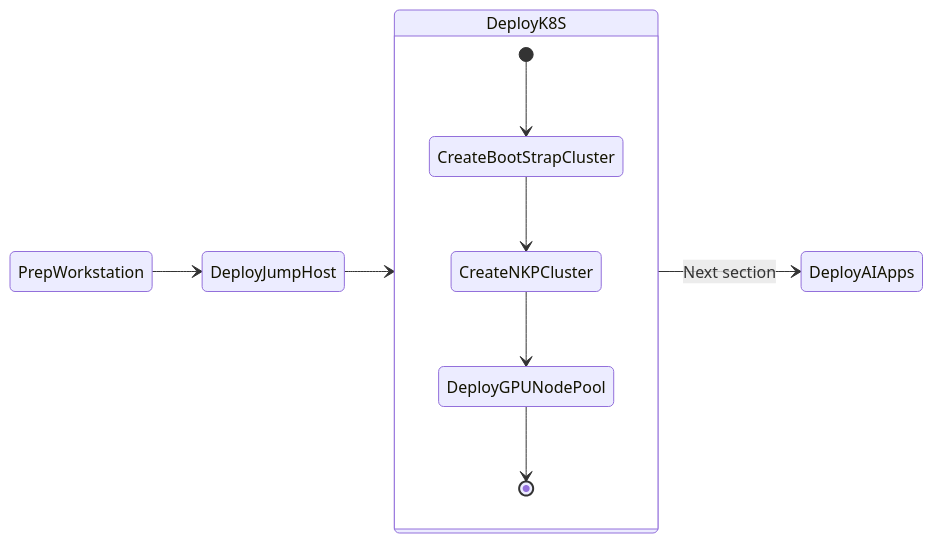
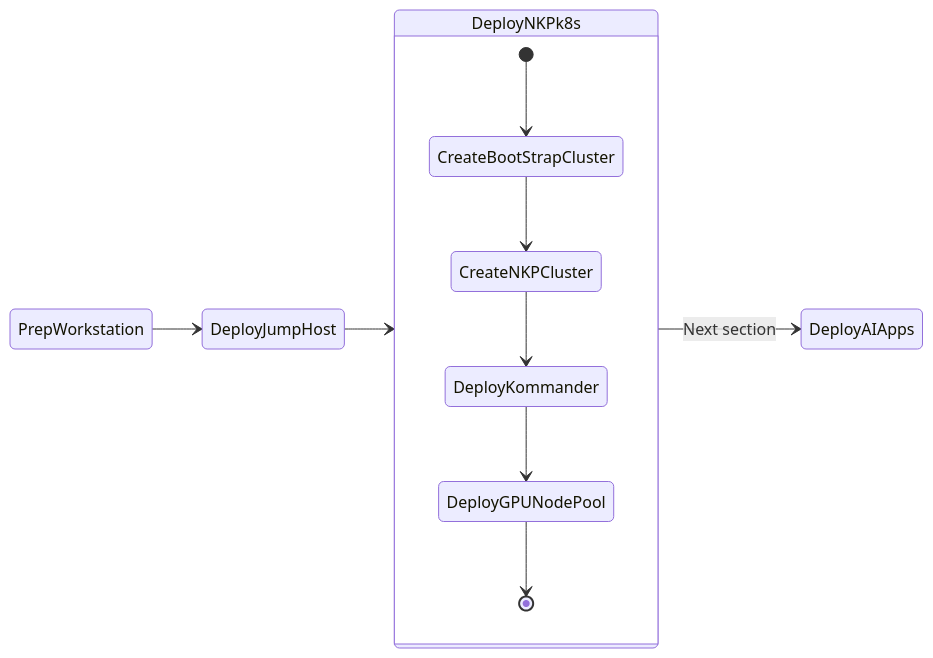
The diagram in docs/infra/infra_nkp.md (nutanix-japan/nai-llm), drawn with Mermaid before and after one commit. The commit also changed other lines of this file and 3 other files, not shown here.

````diff
--- a/docs/infra/infra_nkp.md
+++ b/docs/infra/infra_nkp.md
@@ -7,15 +7,16 @@
 ```mermaid
 stateDiagram-v2
     direction LR
     
-    state DeployK8S {
+    state DeployNKPk8s {
         [*] --> CreateBootStrapCluster
         CreateBootStrapCluster --> CreateNKPCluster
-        CreateNKPCluster --> DeployGPUNodePool
+        CreateNKPCluster --> DeployKommander
+        DeployKommander --> DeployGPUNodePool
         DeployGPUNodePool --> [*]
     }
 
     PrepWorkstation --> DeployJumpHost 
-    DeployJumpHost --> DeployK8S 
-    DeployK8S --> DeployAIApps : Next section
+    DeployJumpHost --> DeployNKPk8s 
+    DeployNKPk8s --> DeployAIApps : Next section
 ```
````
